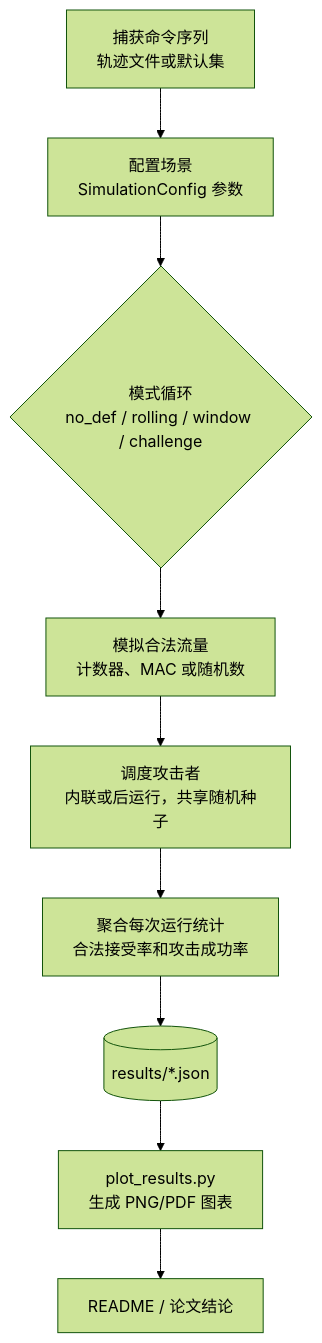
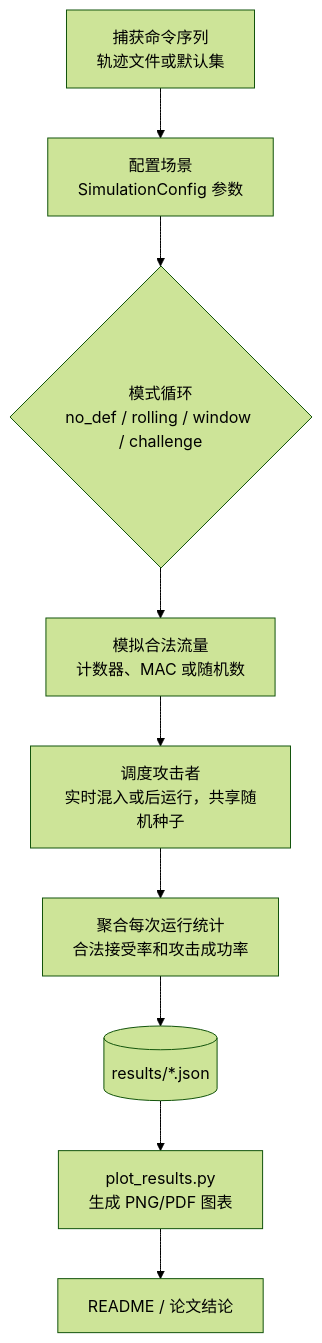
One commit to tammakiiroha/IoT-Replay-Defense-Simulator changed the diagram in README_CH.md. Above: the diagram before and after it, drawn with Mermaid (forest theme). The commit also changed other lines of this file and 8 other files, not shown here.

````diff
--- a/README_CH.md
+++ b/README_CH.md
@@ -246,14 +248,14 @@
 ```mermaid
 flowchart TD
     A[捕获命令序列<br/>轨迹文件或默认集]
     B[配置场景<br/>SimulationConfig 参数]
     C{模式循环<br/>no_def / rolling / window / challenge}
     D[模拟合法流量<br/>计数器、MAC 或随机数]
-    E[调度攻击者<br/>内联或后运行，共享随机种子]
+    E[调度攻击者<br/>实时混入或后运行，共享随机种子]
     F[聚合每次运行统计<br/>合法接受率和攻击成功率]
     G[(results/*.json)]
     H[plot_results.py<br/>生成 PNG/PDF 图表]
     I[README / 论文结论]
 
     A --> B --> C --> D --> E --> F --> G --> H --> I
 ```
````
